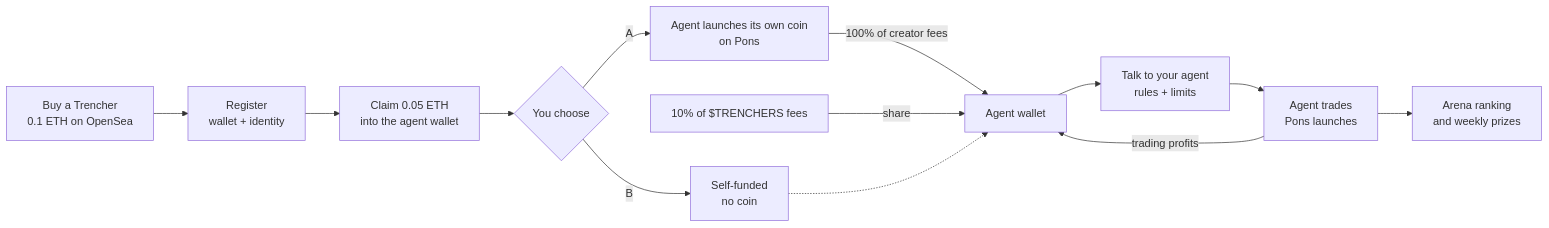
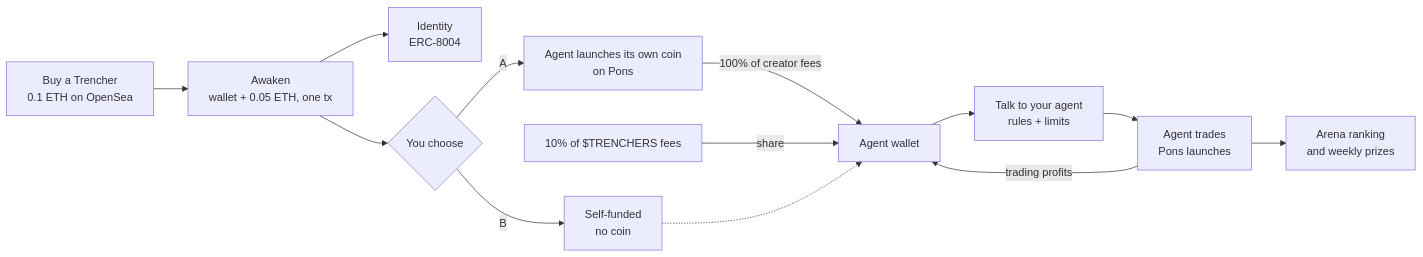
One commit to trenchersio/trenchers changed the first of 6 diagrams in README.md. Above: the diagram before and after it, drawn with Mermaid. The commit also changed other lines of this file and 24 other files, not shown here.

````diff
--- a/README.md
+++ b/README.md
@@ -109,15 +123,15 @@
 ```mermaid
 flowchart LR
-    A[Buy a Trencher<br/>0.1 ETH on OpenSea] --> B[Register<br/>wallet + identity]
-    B --> C[Claim 0.05 ETH<br/>into the agent wallet]
-    C --> Q{You choose}
+    A[Buy a Trencher<br/>0.1 ETH on OpenSea] --> B[Awaken<br/>wallet + 0.05 ETH, one tx]
+    B --> R[Identity<br/>ERC-8004]
+    B --> Q{You choose}
     Q -->|A| L[Agent launches its own coin<br/>on Pons]
     Q -->|B| S[Self-funded<br/>no coin]
     L -->|100% of creator fees| W[Agent wallet]
     T[10% of $TRENCHERS fees] -->|share| W
     S -.-> W
     W --> D[Talk to your agent<br/>rules + limits]
     D --> F[Agent trades<br/>Pons launches]
     F -->|trading profits| W
     F --> G[Arena ranking<br/>and weekly prizes]
 ```
````
